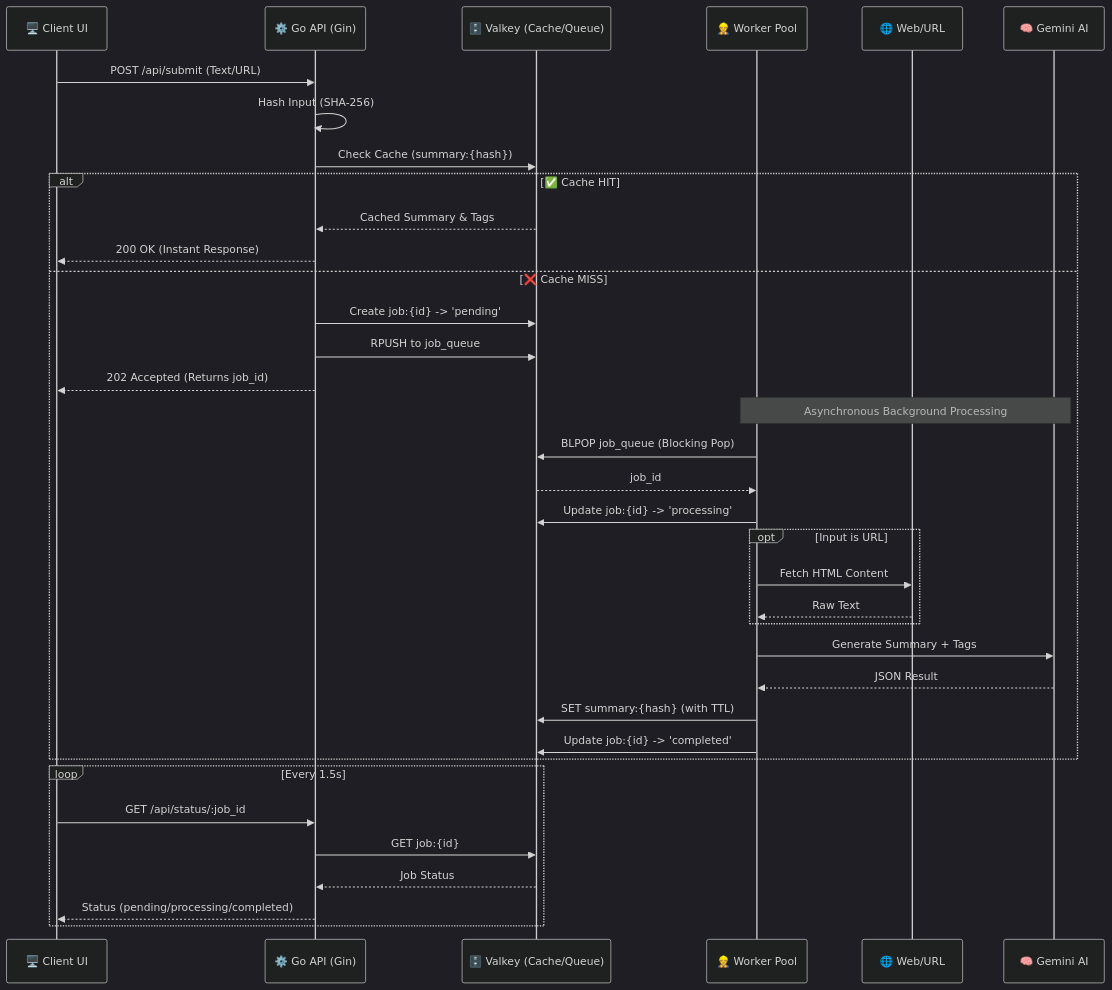
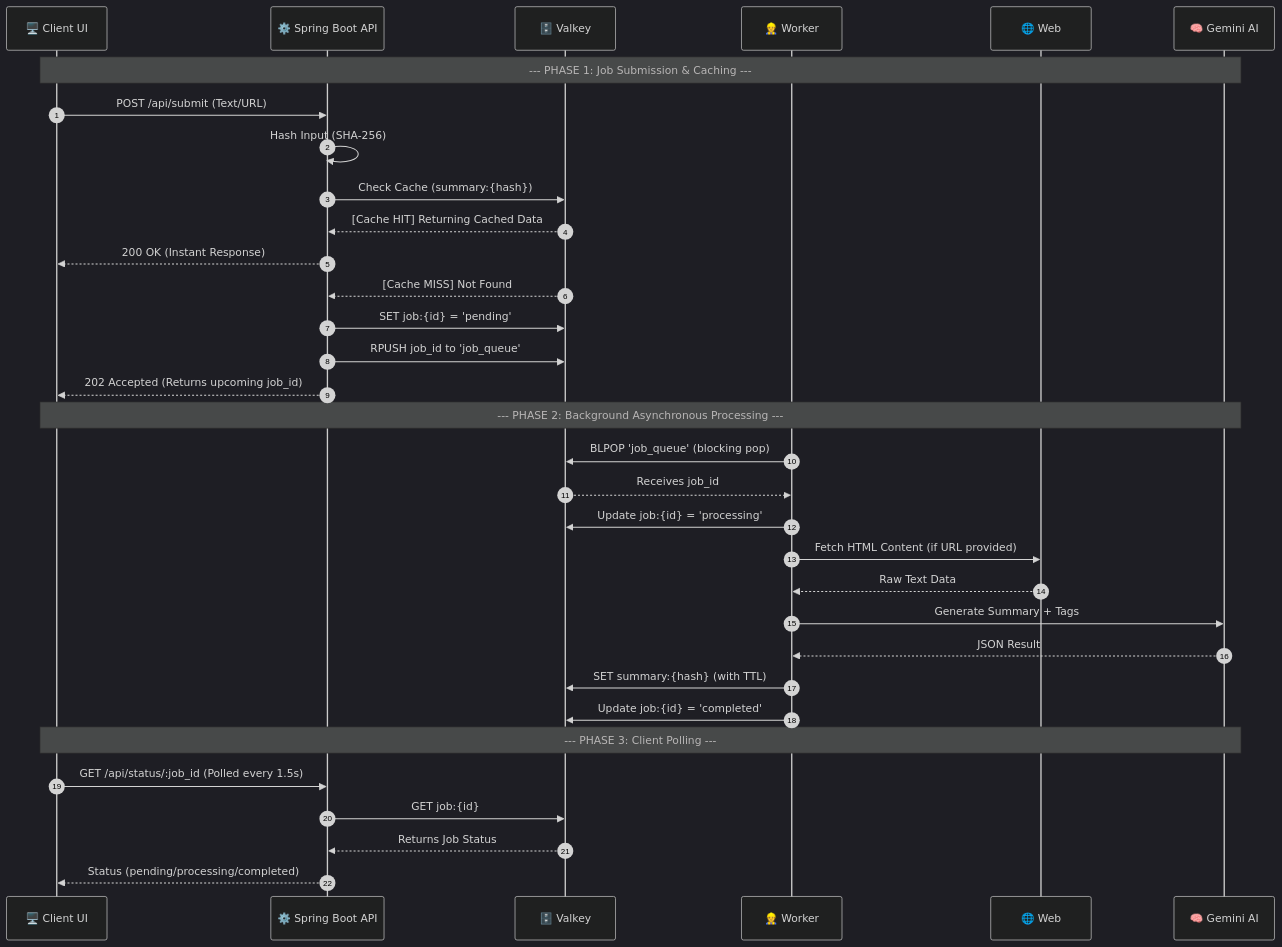
One commit to Manishnemade12/ai-summerizer-job-schedular changed the diagram in README.md. Above: the diagram before and after it, drawn with Mermaid (dark theme). The commit also changed 6 other files, not shown here.

Commit message:
refactor: migrate backend to Spring Boot and update architecture documentation

````diff
--- a/README.md
+++ b/README.md
@@ -11,48 +11,43 @@
 ```mermaid
 sequenceDiagram
-    participant Client as 🖥️ Client UI
-    participant API as ⚙️ Go API (Gin)
-    participant Redis as 🗄️ Valkey (Cache/Queue)
-    participant Worker as 👷 Worker Pool
-    participant Web as 🌐 Web/URL
+    autonumber
+    participant C as 🖥️ Client UI
+    participant A as ⚙️ Spring Boot API
+    participant R as 🗄️ Valkey
+    participant W as 👷 Worker
+    participant Web as 🌐 Web
     participant AI as 🧠 Gemini AI
 
-    %% Request Flow (Cache Hit vs Miss)
-    Client->>API: POST /api/submit (Text/URL)
-    API->>API: Hash Input (SHA-256)
-    API->>Redis: Check Cache (summary:{hash})
+    Note over C,AI: --- PHASE 1: Job Submission & Caching ---
+    C->>A: POST /api/submit (Text/URL)
+    A->>A: Hash Input (SHA-256)
+    A->>R: Check Cache (summary:{hash})
     
-    alt ✅ Cache HIT
-        Redis-->>API: Cached Summary & Tags
-        API-->>Client: 200 OK (Instant Response)
-    else ❌ Cache MISS
-        API->>Redis: Create job:{id} -> 'pending'
-        API->>Redis: RPUSH to job_queue
-        API-->>Client: 202 Accepted (Returns job_id)
+    R-->>A: [Cache HIT] Returning Cached Data
+    A-->>C: 200 OK (Instant Response)
+    
+    R-->>A: [Cache MISS] Not Found
+    A->>R: SET job:{id} = 'pending'
+    A->>R: RPUSH job_id to 'job_queue'
+    A-->>C: 202 Accepted (Returns upcoming job_id)
         
-        %% Worker Async Flow
-        Note over Worker,AI: Asynchronous Background Processing
-        Worker->>Redis: BLPOP job_queue (Blocking Pop)
-        Redis-->>Worker: job_id
-        Worker->>Redis: Update job:{id} -> 'processing'
+    Note over C,AI: --- PHASE 2: Background Asynchronous Processing ---
+    W->>R: BLPOP 'job_queue' (blocking pop)
+    R-->>W: Receives job_id
+    W->>R: Update job:{id} = 'processing'
         
-        opt Input is URL
-            Worker->>Web: Fetch HTML Content
-            Web-->>Worker: Raw Text
-        end
+    W->>Web: Fetch HTML Content (if URL provided)
+    Web-->>W: Raw Text Data
         
-        Worker->>AI: Generate Summary + Tags
-        AI-->>Worker: JSON Result
+    W->>AI: Generate Summary + Tags
+    AI-->>W: JSON Result
         
-        Worker->>Redis: SET summary:{hash} (with TTL)
-        Worker->>Redis: Update job:{id} -> 'completed'
-    end
+    W->>R: SET summary:{hash} (with TTL)
+    W->>R: Update job:{id} = 'completed'
     
-    %% Polling Flow
-    loop Every 1.5s
-        Client->>API: GET /api/status/:job_id
-        API->>Redis: GET job:{id}
-        Redis-->>API: Job Status
-        API-->>Client: Status (pending/processing/completed)
-    end
+    Note over C,AI: --- PHASE 3: Client Polling ---
+    C->>A: GET /api/status/:job_id (Polled every 1.5s)
+    A->>R: GET job:{id}
+    R-->>A: Returns Job Status
+    A-->>C: Status (pending/processing/completed)
 ```
````
